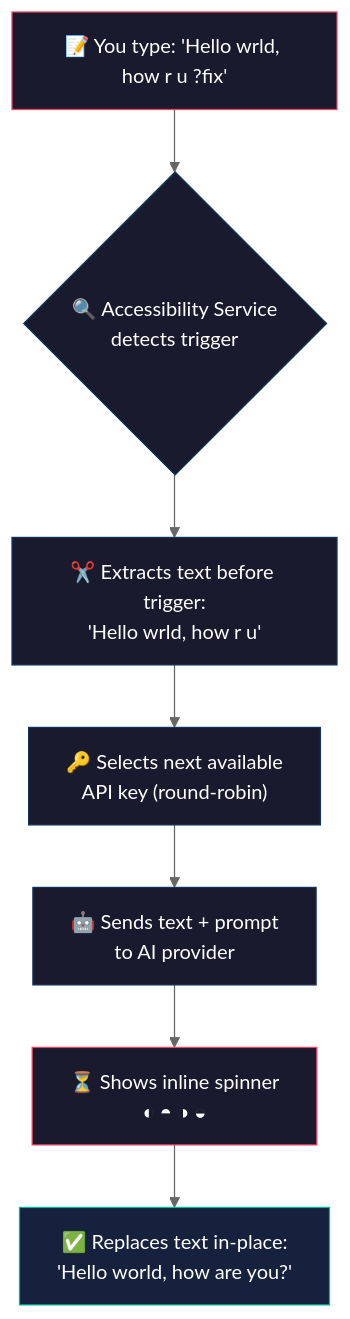
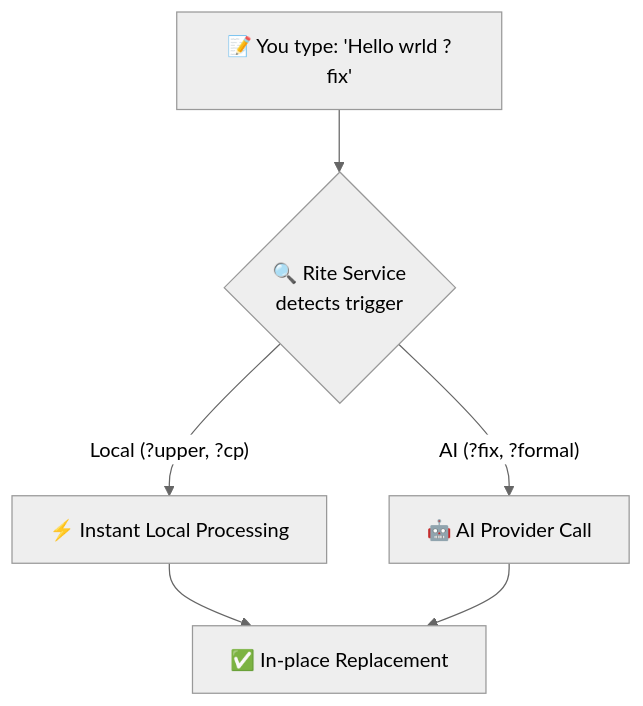
Before and after one commit to catamsp/Rite: the diagram in README.md, drawn with Mermaid (neutral theme). The commit also changed other lines of this file, not shown here.

````diff
--- a/README.md
+++ b/README.md
@@ -219,17 +154,8 @@
 ```mermaid
 flowchart TD
-    A["📝 You type: 'Hello wrld, how r u ?fix'"] --> B{"🔍 Accessibility Service\ndetects trigger"}
-    B --> C["✂️ Extracts text before trigger:\n'Hello wrld, how r u'"]
-    C --> D["🔑 Selects next available\nAPI key (round-robin)"]
-    D --> E["🤖 Sends text + prompt\nto AI provider"]
-    E --> F["⏳ Shows inline spinner\n◐ ◓ ◑ ◒"]
-    F --> G["✅ Replaces text in-place:\n'Hello world, how are you?'"]
-
-    style A fill:#1a1a2e,stroke:#e94560,color:#fff
-    style B fill:#1a1a2e,stroke:#0f3460,color:#fff
-    style C fill:#1a1a2e,stroke:#0f3460,color:#fff
-    style D fill:#1a1a2e,stroke:#0f3460,color:#fff
-    style E fill:#1a1a2e,stroke:#0f3460,color:#fff
-    style F fill:#1a1a2e,stroke:#e94560,color:#fff
-    style G fill:#16213e,stroke:#00b894,color:#fff
+    A["📝 You type: 'Hello wrld ?fix'"] --> B{"🔍 Rite Service\ndetects trigger"}
+    B -- "Local (?upper, ?cp)" --> C["⚡ Instant Local Processing"]
+    B -- "AI (?fix, ?formal)" --> D["🤖 AI Provider Call"]
+    C --> E["✅ In-place Replacement"]
+    D --> E
 ```
````
